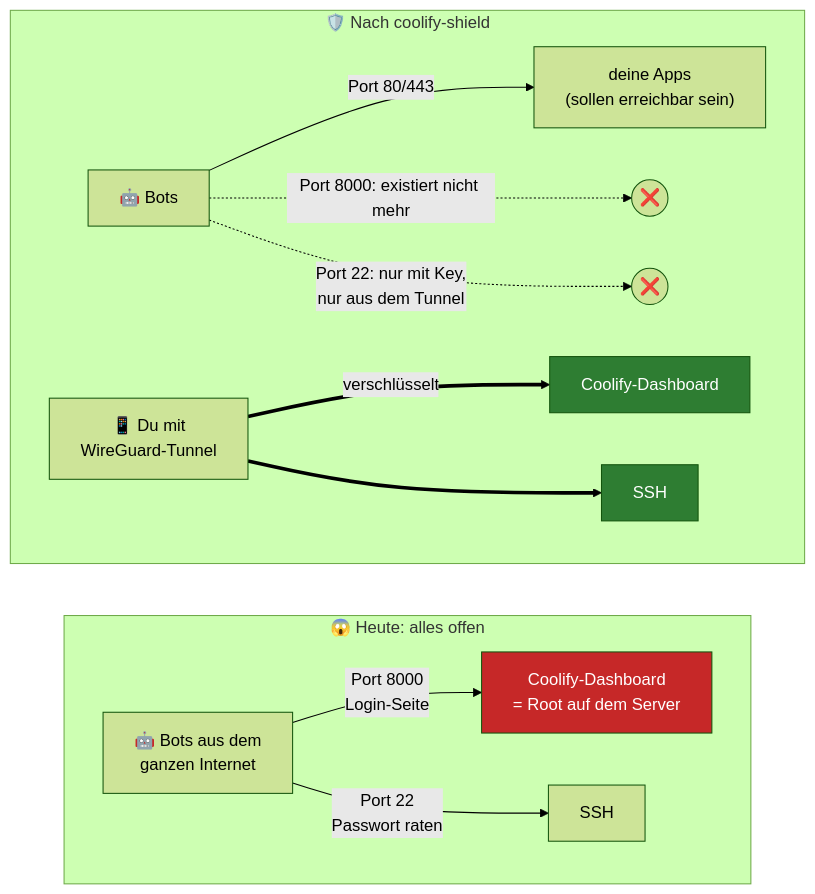
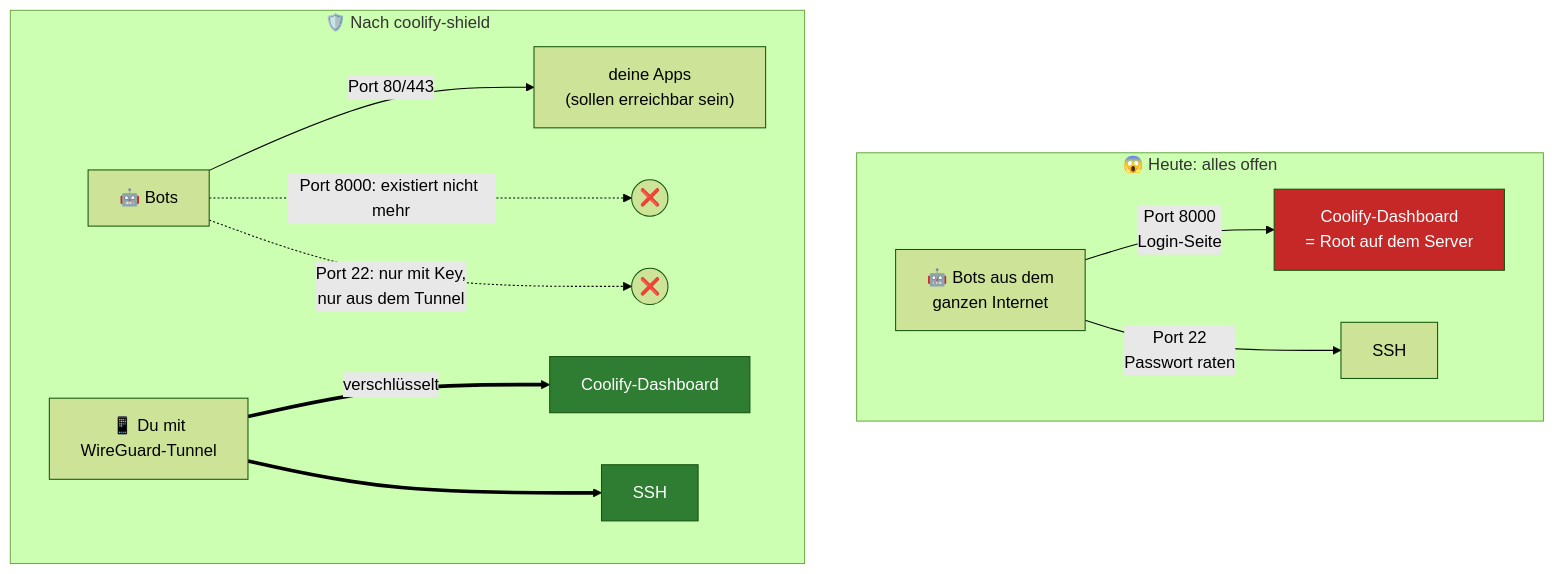
One commit to oliverhees/coolify-shield changed the first of 5 diagrams in ANFAENGER.md. Above: the diagram before and after it, drawn with Mermaid (forest theme). The commit also changed 1 other file, not shown here.

Commit message:
Vorher/Nachher-Diagramm: Heute oben, Nachher unten

````diff
--- a/ANFAENGER.md
+++ b/ANFAENGER.md
@@ -73,19 +73,19 @@
 ```mermaid
-flowchart LR
+flowchart TB
     subgraph heute["😱 Heute: alles offen"]
         direction LR
         B1["🤖 Bots aus dem<br/>ganzen Internet"] -->|"Port 8000<br/>Login-Seite"| D1["Coolify-Dashboard<br/>= Root auf dem Server"]
         B1 -->|"Port 22<br/>Passwort raten"| S1["SSH"]
     end
     subgraph danach["🛡️ Nach coolify-shield"]
         direction LR
         B2["🤖 Bots"] -->|"Port 80/443"| W2["deine Apps<br/>(sollen erreichbar sein)"]
         B2 -.->|"Port 8000: existiert nicht mehr"| X2(("❌"))
         B2 -.->|"Port 22: nur mit Key,<br/>nur aus dem Tunnel"| X3(("❌"))
         DU["📱 Du mit<br/>WireGuard-Tunnel"] ==>|"verschlüsselt"| D2["Coolify-Dashboard"]
         DU ==> S2["SSH"]
     end
     style D1 fill:#c62828,color:#fff
     style D2 fill:#2e7d32,color:#fff
     style S2 fill:#2e7d32,color:#fff
 ```
````
